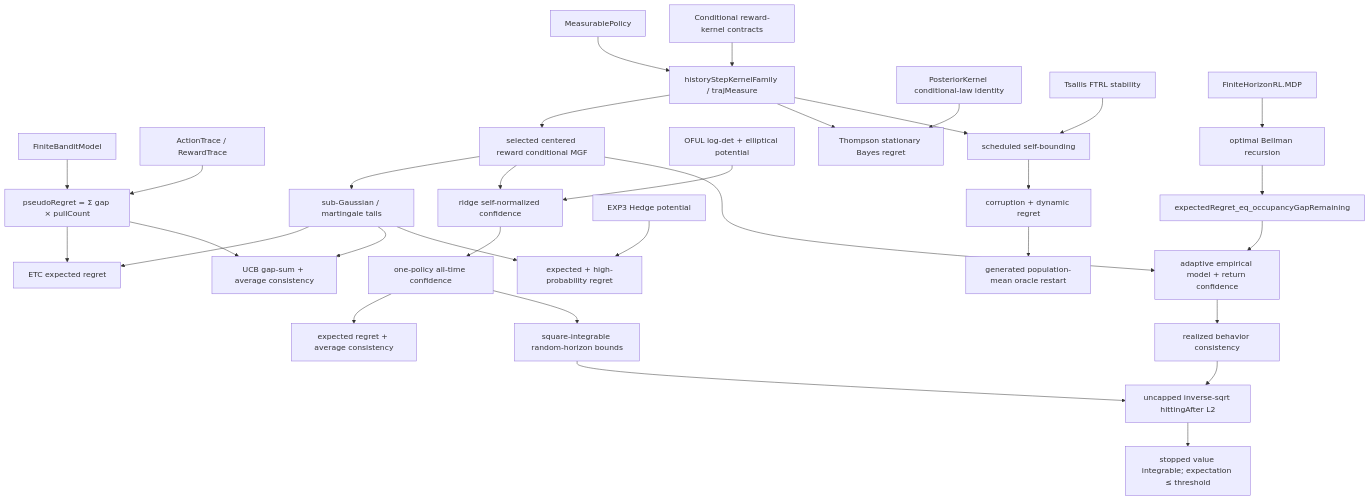
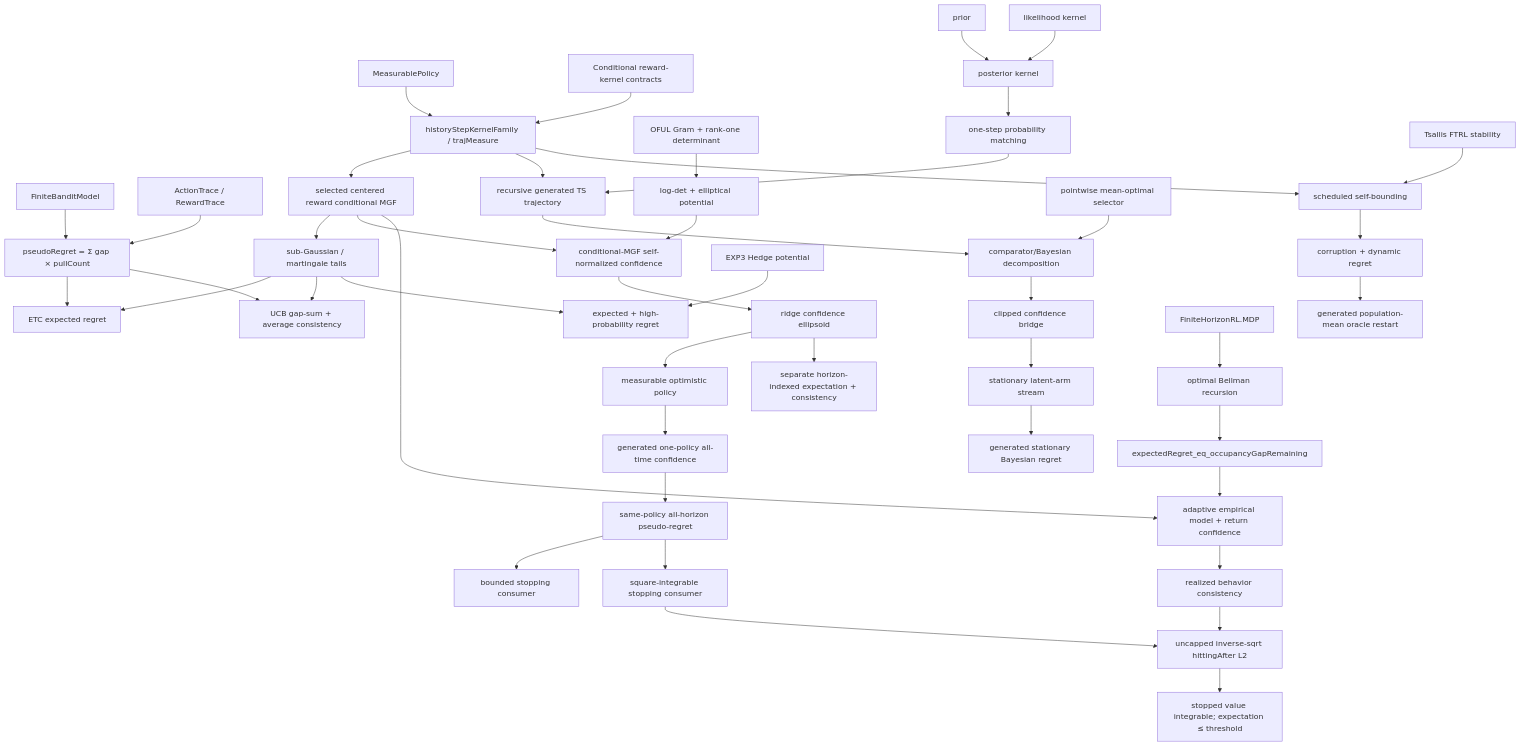
One commit to DakeBU/Auto-Bandit-RL-Proof-In-Sleep changed the diagram in website/diagrams/theorem-dependencies.mmd. Above: the diagram before and after it, drawn with Mermaid. The commit also changed 31 other files, not shown here.

```diff
--- a/website/diagrams/theorem-dependencies.mmd
+++ b/website/diagrams/theorem-dependencies.mmd
@@ -1,37 +1,50 @@
 flowchart TB
   Model["FiniteBanditModel"] --> Decomp["pseudoRegret = Σ gap × pullCount"]
   Trace["ActionTrace / RewardTrace"] --> Decomp
   Policy["MeasurablePolicy"] --> Traj["historyStepKernelFamily / trajMeasure"]
   Kernel["Conditional reward-kernel contracts"] --> Traj
   Traj --> CondMGF["selected centered reward conditional MGF"]
   CondMGF --> Concentration["sub-Gaussian / martingale tails"]
 
   Decomp --> ETC["ETC expected regret"]
   Concentration --> ETC
   Decomp --> UCB["UCB gap-sum + average consistency"]
   Concentration --> UCB
 
-  Ellipse["OFUL log-det + elliptical potential"] --> Ridge["ridge self-normalized confidence"]
-  CondMGF --> Ridge
-  Ridge --> AllTime["one-policy all-time confidence"]
-  AllTime --> OFULRate["expected regret + average consistency"]
-  AllTime --> StopL2["square-integrable random-horizon bounds"]
+  GramDet["OFUL Gram + rank-one determinant"] --> Ellipse["log-det + elliptical potential"]
+  Ellipse --> SelfNorm["conditional-MGF self-normalized confidence"]
+  CondMGF --> SelfNorm
+  SelfNorm --> Ridge["ridge confidence ellipsoid"]
+  Ridge --> Optimistic["measurable optimistic policy"]
+  Optimistic --> AllTime["generated one-policy all-time confidence"]
+  AllTime --> OFULRate["same-policy all-horizon pseudo-regret"]
+  OFULRate --> StopBounded["bounded stopping consumer"]
+  OFULRate --> StopL2["square-integrable stopping consumer"]
+  Ridge --> OFULExpected["separate horizon-indexed expectation + consistency"]
 
-  Posterior["PosteriorKernel conditional-law identity"] --> TS["Thompson stationary Bayes regret"]
-  Traj --> TS
+  Prior["prior"] --> Posterior["posterior kernel"]
+  Likelihood["likelihood kernel"] --> Posterior
+  Posterior --> Match["one-step probability matching"]
+  Match --> RecursiveTS["recursive generated TS trajectory"]
+  Traj --> RecursiveTS
+  RecursiveTS --> BayesDecomp["comparator/Bayesian decomposition"]
+  OptimalSelector["pointwise mean-optimal selector"] --> BayesDecomp
+  BayesDecomp --> Clipped["clipped confidence bridge"]
+  Clipped --> Latent["stationary latent-arm stream"]
+  Latent --> TS["generated stationary Bayesian regret"]
 
   Hedge["EXP3 Hedge potential"] --> EXP3["expected + high-probability regret"]
   Concentration --> EXP3
   FTRL["Tsallis FTRL stability"] --> SelfBound["scheduled self-bounding"]
   Traj --> SelfBound
   SelfBound --> Dynamic["corruption + dynamic regret"]
   Dynamic --> Restart["generated population-mean oracle restart"]
 
   MDP["FiniteHorizonRL.MDP"] --> Bellman["optimal Bellman recursion"]
   Bellman --> Occupancy["expectedRegret_eq_occupancyGapRemaining"]
   CondMGF --> RLConfidence["adaptive empirical model + return confidence"]
   Occupancy --> RLConfidence
   RLConfidence --> Behavior["realized behavior consistency"]
   StopL2 --> Hitting["uncapped inverse-sqrt hittingAfter L2"]
   Behavior --> Hitting
   Hitting --> ExpectedHit["stopped value integrable; expectation ≤ threshold"]
```
